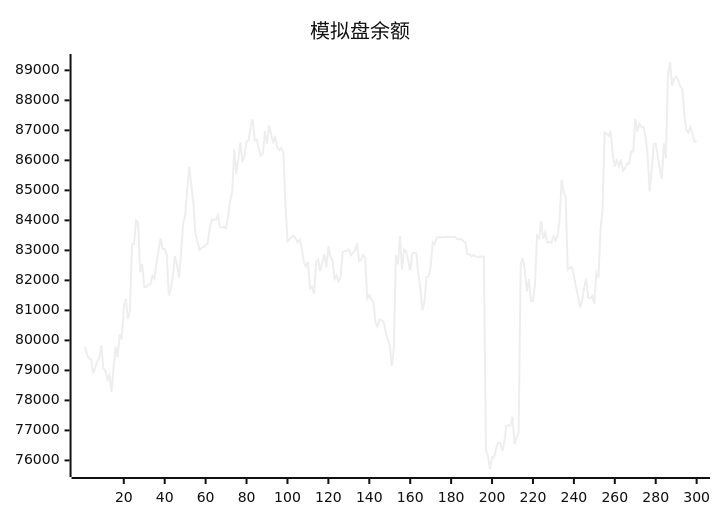
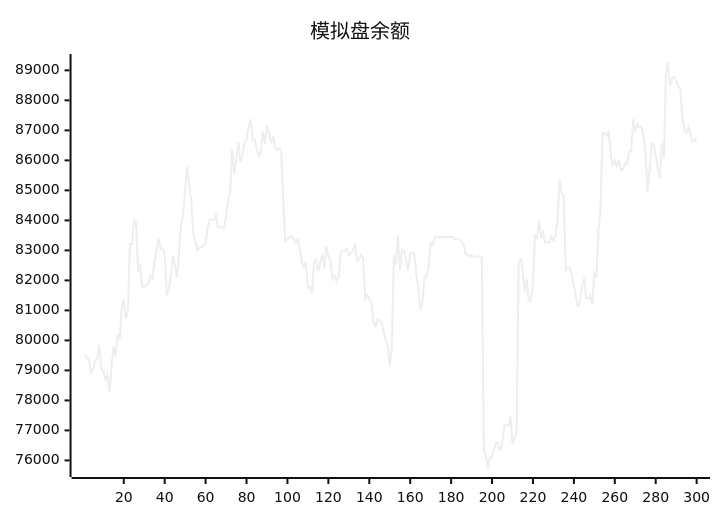
Before and after one commit to aahl/ai-trading: the diagram in README.md, drawn with Mermaid (neutral theme). The commit also changed other lines of this file and 1 other file, not shown here.

````diff
--- a/README.md
+++ b/README.md
@@ -5,5 +5,5 @@
 ```mermaid
 xychart
     title "模拟盘余额"
-    line [79786,79542,79406,79371,78893,79087,79304,79406,79841,79072,78978,78696,78846,78272,79085,79787,79442,80198,80031,81120,81379,80718,80985,83214,83212,83993,83921,82270,82547,81776,81776,81866,81866,82158,82061,82596,83000,83408,83041,83050,82858,81503,81691,82188,82812,82517,82092,82901,83898,84180,85030,85781,85178,84604,83569,83298,83008,83093,83107,83175,83228,83729,84025,84017,84019,84177,83775,83762,83785,83738,84160,84639,84939,86370,85548,86046,86599,85942,86161,86622,86664,87115,87369,86666,86685,86384,86152,86243,86969,86548,87164,86885,86566,86809,86427,86348,86417,86273,84538,83299,83369,83430,83490,83404,83270,83362,83056,82605,82459,82614,81734,81788,81551,82598,82702,82320,82580,82878,82426,83139,82778,82686,82056,82166,81963,82110,82951,82983,82984,83038,82838,82915,82998,83235,82642,82682,82858,82746,81396,81512,81362,81277,80600,80461,80699,80673,80616,80288,80038,79836,79142,79722,82837,82533,83480,82366,83032,82960,82654,82330,82883,82934,82901,82188,81728,81005,81298,82110,82135,82449,83264,83203,83440,83439,83440,83440,83446,83447,83448,83447,83448,83449,83369,83369,83369,83313,83256,82872,82873,82801,82844,82785,82791,82791,82793,82794,76339,76145,75714,76110,76096,76397,76594,76585,76310,76607,77160,77170,77160,77456,76541,76774,76927,82520,82744,82337,81639,82040,81307,81314,81887,83490,83414,83984,83396,83594,83261,83287,83253,83470,83327,83465,83987,85348,84930,84786,82355,82433,82438,82167,81795,81466,81105,81315,81756,82064,81426,81398,81481,81210,82242,82099,83658,84359,86925,86892,86814,86980,86203,85802,86003,85811,86028,85657,85721,85896,85880,86300,86299,87378,86965,87214,87115,87118,86780,86238,84966,85623,86555,86562,86129,85722,85387,86569,86070,88870,89278,88477,88720,88781,88668,88467,88372,87493,87018,86917,87102,86870,86613,86644]
+    line [79542,79406,79371,78893,79087,79304,79406,79841,79072,78978,78696,78846,78272,79085,79787,79442,80198,80031,81120,81379,80718,80985,83214,83212,83993,83921,82270,82547,81776,81776,81866,81866,82158,82061,82596,83000,83408,83041,83050,82858,81503,81691,82188,82812,82517,82092,82901,83898,84180,85030,85781,85178,84604,83569,83298,83008,83093,83107,83175,83228,83729,84025,84017,84019,84177,83775,83762,83785,83738,84160,84639,84939,86370,85548,86046,86599,85942,86161,86622,86664,87115,87369,86666,86685,86384,86152,86243,86969,86548,87164,86885,86566,86809,86427,86348,86417,86273,84538,83299,83369,83430,83490,83404,83270,83362,83056,82605,82459,82614,81734,81788,81551,82598,82702,82320,82580,82878,82426,83139,82778,82686,82056,82166,81963,82110,82951,82983,82984,83038,82838,82915,82998,83235,82642,82682,82858,82746,81396,81512,81362,81277,80600,80461,80699,80673,80616,80288,80038,79836,79142,79722,82837,82533,83480,82366,83032,82960,82654,82330,82883,82934,82901,82188,81728,81005,81298,82110,82135,82449,83264,83203,83440,83439,83440,83440,83446,83447,83448,83447,83448,83449,83369,83369,83369,83313,83256,82872,82873,82801,82844,82785,82791,82791,82793,82794,76339,76145,75714,76110,76096,76397,76594,76585,76310,76607,77160,77170,77160,77456,76541,76774,76927,82520,82744,82337,81639,82040,81307,81314,81887,83490,83414,83984,83396,83594,83261,83287,83253,83470,83327,83465,83987,85348,84930,84786,82355,82433,82438,82167,81795,81466,81105,81315,81756,82064,81426,81398,81481,81210,82242,82099,83658,84359,86925,86892,86814,86980,86203,85802,86003,85811,86028,85657,85721,85896,85880,86300,86299,87378,86965,87214,87115,87118,86780,86238,84966,85623,86555,86562,86129,85722,85387,86569,86070,88870,89278,88477,88720,88781,88668,88467,88372,87493,87018,86917,87102,86870,86613,86644,86758]
 ```
````
